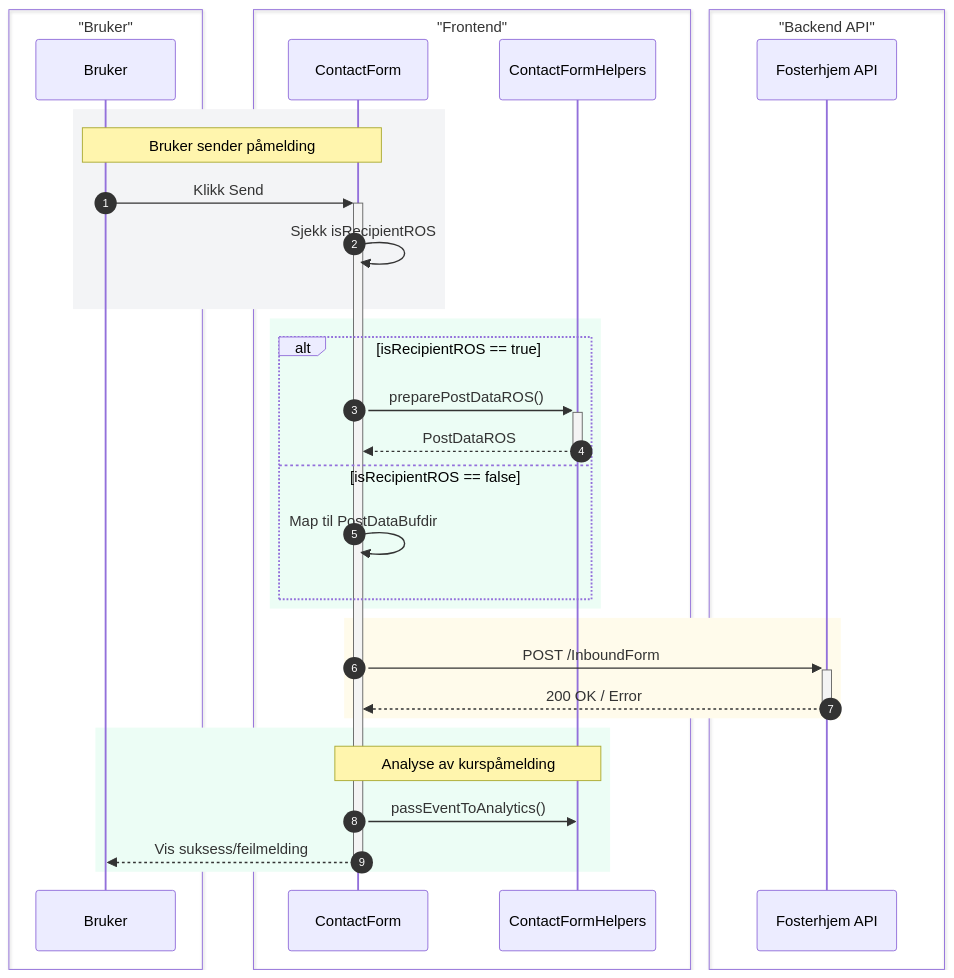
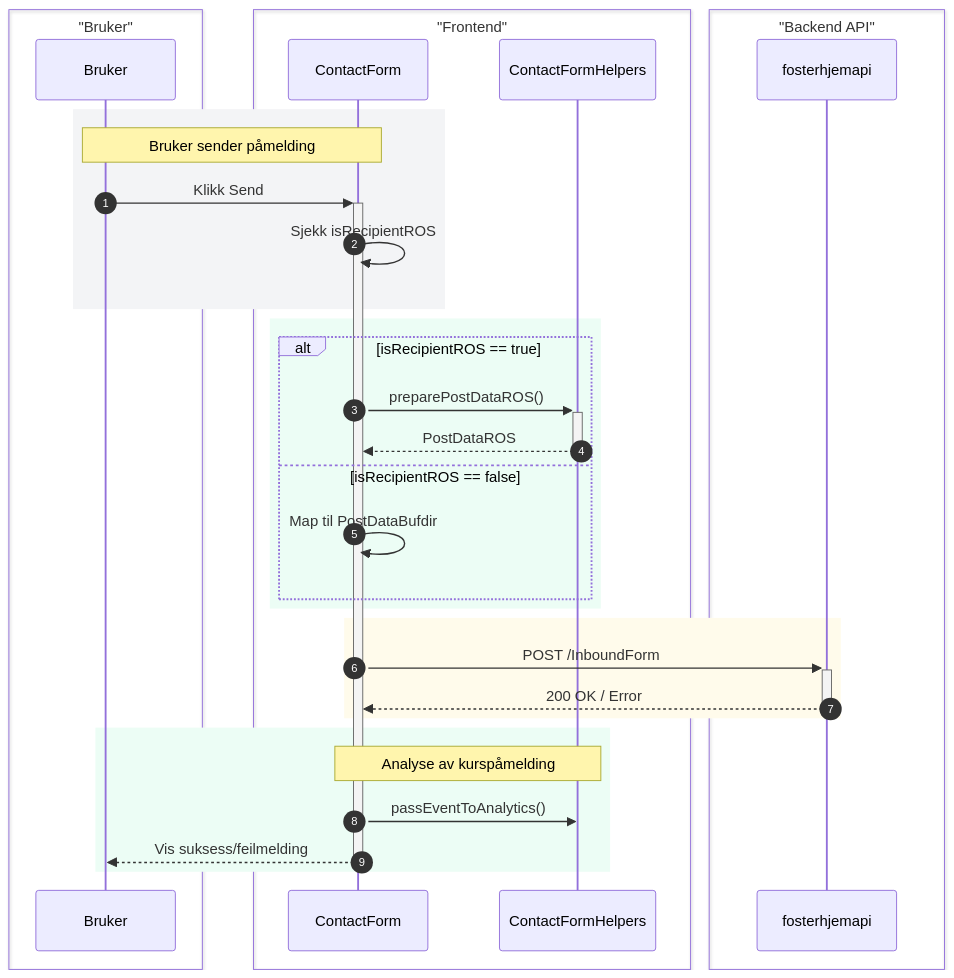
One commit to Bufdir/bufDocs changed the third of 5 diagrams in Bufdir.no/Architecture/ros-integrasjon.md. Above: the diagram before and after it, drawn with Mermaid. The commit also changed other lines of this file, not shown here.

````diff
--- a/Bufdir.no/Architecture/ros-integrasjon.md
+++ b/Bufdir.no/Architecture/ros-integrasjon.md
@@ -187,46 +223,46 @@
 ```mermaid
 sequenceDiagram
     autonumber
     
     participant U as Bruker
     participant CF as ContactForm
     participant CH as ContactFormHelpers
-    participant API as Fosterhjem API
+    participant API as fosterhjemapi
 
     box "Bruker"
         participant U
     end
     box "Frontend"
         participant CF
         participant CH
     end
     box "Backend API"
         participant API
     end
 
     rect rgb(243, 244, 246)
         Note over U, CF: Bruker sender påmelding
         U->>+CF: Klikk Send
         CF->>CF: Sjekk isRecipientROS
     end
     
     rect rgb(236, 253, 245)
         alt isRecipientROS == true
             CF->>+CH: preparePostDataROS()
             CH-->>-CF: PostDataROS
         else isRecipientROS == false
             CF->>CF: Map til PostDataBufdir
         end
     end
     
     rect rgb(255, 251, 235)
         CF->>+API: POST /InboundForm
         API-->>-CF: 200 OK / Error
     end
     
     rect rgb(236, 253, 245)
         Note over CF, CH: Analyse av kurspåmelding
         CF->>CH: passEventToAnalytics()
         CF-->>-U: Vis suksess/feilmelding
     end
 ```
````
